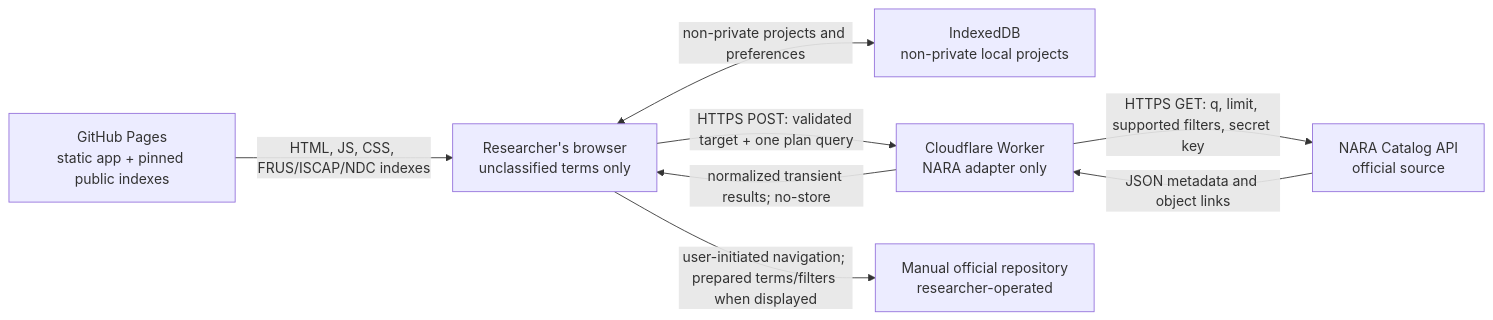
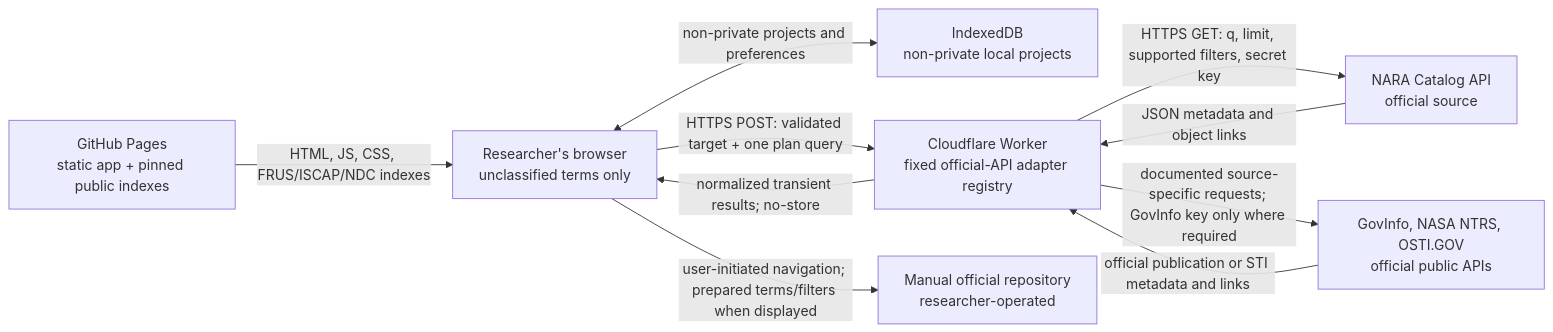
The first of 2 diagrams in docs/SECURITY_MODEL.md (therealjameswilson/opstalia), drawn with Mermaid before and after one commit. The commit also changed other lines of this file and 60 other files, not shown here.

First line of the commit message:
Add automated official-source discovery adapters (#8)

````diff
--- a/docs/SECURITY_MODEL.md
+++ b/docs/SECURITY_MODEL.md
@@ -72,17 +74,20 @@
 ```mermaid
 flowchart LR
     B["Researcher's browser<br/>unclassified terms only"]
     G["GitHub Pages<br/>static app + pinned public indexes"]
     I["IndexedDB<br/>non-private local projects"]
-    W["Cloudflare Worker<br/>NARA adapter only"]
+    W["Cloudflare Worker<br/>fixed official-API adapter registry"]
     N["NARA Catalog API<br/>official source"]
+    A["GovInfo, NASA NTRS, OSTI.GOV<br/>official public APIs"]
     M["Manual official repository<br/>researcher-operated"]
 
     G -->|"HTML, JS, CSS, FRUS/ISCAP/NDC indexes"| B
     B <-->|"non-private projects and preferences"| I
     B -->|"HTTPS POST: validated target + one plan query"| W
     W -->|"HTTPS GET: q, limit, supported filters, secret key"| N
     N -->|"JSON metadata and object links"| W
+    W -->|"documented source-specific requests; GovInfo key only where required"| A
+    A -->|"official publication or STI metadata and links"| W
     W -->|"normalized transient results; no-store"| B
     B -->|"user-initiated navigation; prepared terms/filters when displayed"| M
 ```
````
